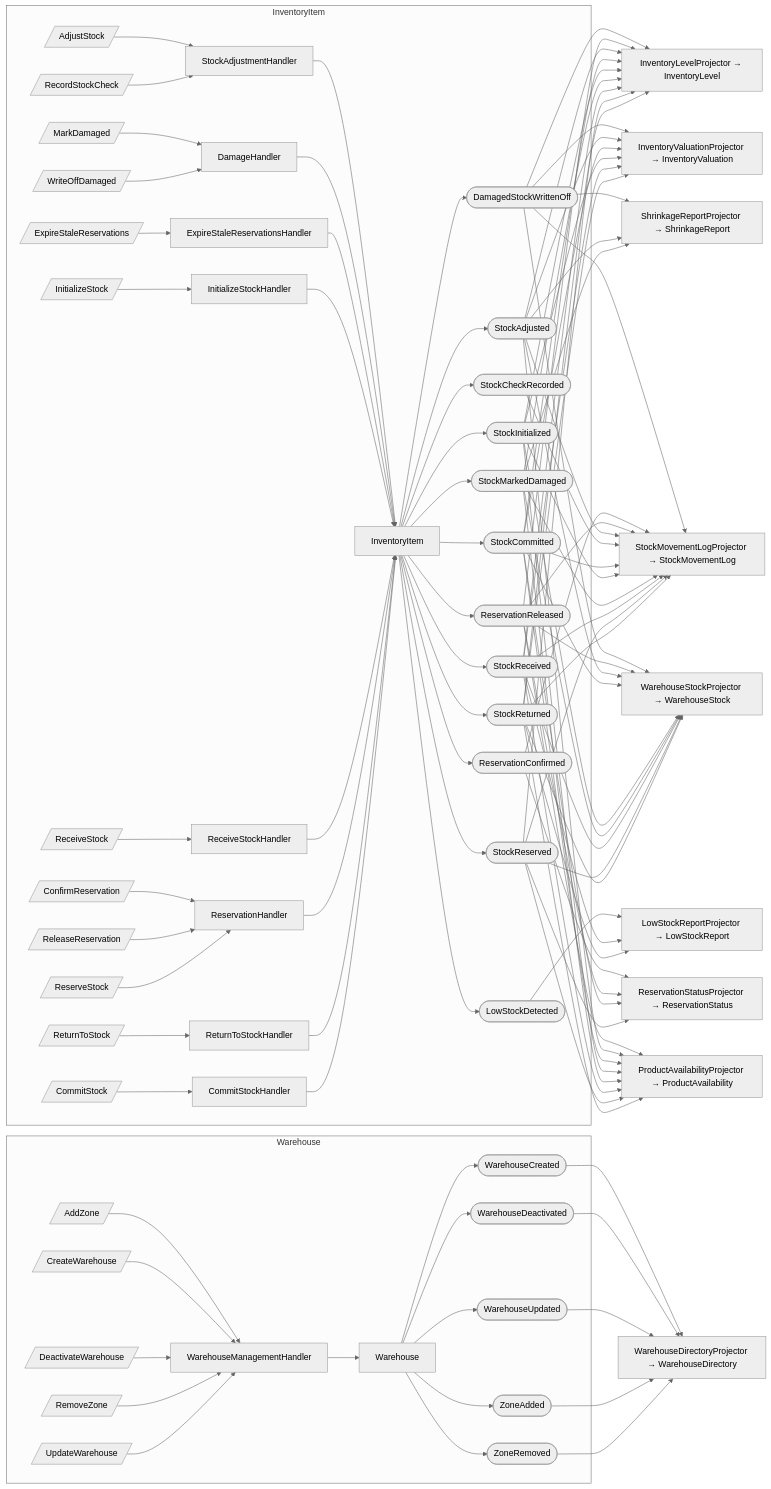
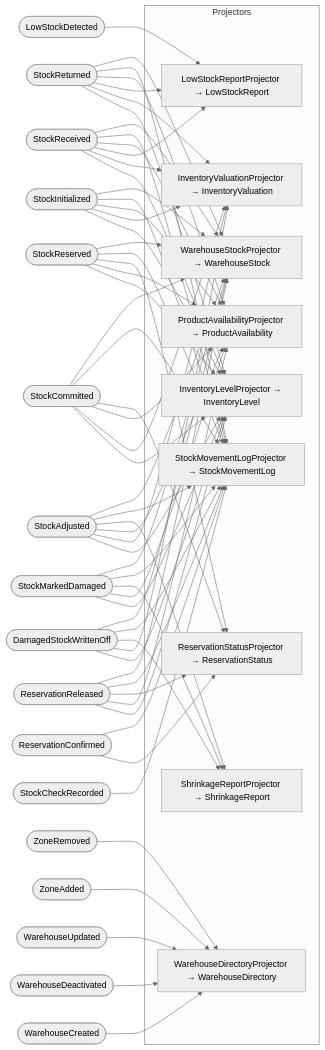
Before and after one commit to proteanhq/shopstream: the third of 3 diagrams in docs/inventory/event-flows.md, drawn with Mermaid (neutral theme). The commit also changed 24 other files, not shown here.

First line of the commit message:
Regenerate docs with improved Mermaid diagrams from upstream Protean fixes

````diff
--- a/docs/inventory/event-flows.md
+++ b/docs/inventory/event-flows.md
@@ -3,98 +107,33 @@
 ```mermaid
 flowchart LR
-    subgraph inventory_stock_stock_InventoryItem[InventoryItem]
-        agg_inventory_stock_stock_InventoryItem[InventoryItem]
-        cmd_inventory_stock_adjustment_AdjustStock[/AdjustStock/]
-        cmd_inventory_stock_adjustment_RecordStockCheck[/RecordStockCheck/]
-        cmd_inventory_stock_damage_MarkDamaged[/MarkDamaged/]
-        cmd_inventory_stock_damage_WriteOffDamaged[/WriteOffDamaged/]
-        cmd_inventory_stock_expiry_ExpireStaleReservations[/ExpireStaleReservations/]
-        cmd_inventory_stock_initialization_InitializeStock[/InitializeStock/]
-        cmd_inventory_stock_receiving_ReceiveStock[/ReceiveStock/]
-        cmd_inventory_stock_reservation_ConfirmReservation[/ConfirmReservation/]
-        cmd_inventory_stock_reservation_ReleaseReservation[/ReleaseReservation/]
-        cmd_inventory_stock_reservation_ReserveStock[/ReserveStock/]
-        cmd_inventory_stock_returns_ReturnToStock[/ReturnToStock/]
-        cmd_inventory_stock_shipping_CommitStock[/CommitStock/]
-        evt_inventory_stock_events_DamagedStockWrittenOff([DamagedStockWrittenOff])
-        evt_inventory_stock_events_LowStockDetected([LowStockDetected])
-        evt_inventory_stock_events_ReservationConfirmed([ReservationConfirmed])
-        evt_inventory_stock_events_ReservationReleased([ReservationReleased])
-        evt_inventory_stock_events_StockAdjusted([StockAdjusted])
-        evt_inventory_stock_events_StockCheckRecorded([StockCheckRecorded])
-        evt_inventory_stock_events_StockCommitted([StockCommitted])
-        evt_inventory_stock_events_StockInitialized([StockInitialized])
-        evt_inventory_stock_events_StockMarkedDamaged([StockMarkedDamaged])
-        evt_inventory_stock_events_StockReceived([StockReceived])
-        evt_inventory_stock_events_StockReserved([StockReserved])
-        evt_inventory_stock_events_StockReturned([StockReturned])
-        hdlr_inventory_stock_adjustment_StockAdjustmentHandler[StockAdjustmentHandler]
-        hdlr_inventory_stock_damage_DamageHandler[DamageHandler]
-        hdlr_inventory_stock_expiry_ExpireStaleReservationsHandler[ExpireStaleReservationsHandler]
-        hdlr_inventory_stock_initialization_InitializeStockHandler[InitializeStockHandler]
-        hdlr_inventory_stock_receiving_ReceiveStockHandler[ReceiveStockHandler]
-        hdlr_inventory_stock_reservation_ReservationHandler[ReservationHandler]
-        hdlr_inventory_stock_returns_ReturnToStockHandler[ReturnToStockHandler]
-        hdlr_inventory_stock_shipping_CommitStockHandler[CommitStockHandler]
+    evt_inventory_stock_events_DamagedStockWrittenOff([DamagedStockWrittenOff])
+    evt_inventory_stock_events_LowStockDetected([LowStockDetected])
+    evt_inventory_stock_events_ReservationConfirmed([ReservationConfirmed])
+    evt_inventory_stock_events_ReservationReleased([ReservationReleased])
+    evt_inventory_stock_events_StockAdjusted([StockAdjusted])
+    evt_inventory_stock_events_StockCheckRecorded([StockCheckRecorded])
+    evt_inventory_stock_events_StockCommitted([StockCommitted])
+    evt_inventory_stock_events_StockInitialized([StockInitialized])
+    evt_inventory_stock_events_StockMarkedDamaged([StockMarkedDamaged])
+    evt_inventory_stock_events_StockReceived([StockReceived])
+    evt_inventory_stock_events_StockReserved([StockReserved])
+    evt_inventory_stock_events_StockReturned([StockReturned])
+    evt_inventory_warehouse_events_WarehouseCreated([WarehouseCreated])
+    evt_inventory_warehouse_events_WarehouseDeactivated([WarehouseDeactivated])
+    evt_inventory_warehouse_events_WarehouseUpdated([WarehouseUpdated])
+    evt_inventory_warehouse_events_ZoneAdded([ZoneAdded])
+    evt_inventory_warehouse_events_ZoneRemoved([ZoneRemoved])
+    subgraph projectors["Projectors"]
+        proj_inventory_projections_inventory_level_InventoryLevelProjector[InventoryLevelProjector → InventoryLevel]
+        proj_inventory_projections_inventory_valuation_InventoryValuationProjector[InventoryValuationProjector → InventoryValuation]
+        proj_inventory_projections_low_stock_report_LowStockReportProjector[LowStockReportProjector → LowStockReport]
+        proj_inventory_projections_product_availability_ProductAvailabilityProjector[ProductAvailabilityProjector → ProductAvailability]
+        proj_inventory_projections_reservation_status_ReservationStatusProjector[ReservationStatusProjector → ReservationStatus]
+        proj_inventory_projections_shrinkage_report_ShrinkageReportProjector[ShrinkageReportProjector → ShrinkageReport]
+        proj_inventory_projections_stock_movement_log_StockMovementLogProjector[StockMovementLogProjector → StockMovementLog]
+        proj_inventory_projections_warehouse_directory_WarehouseDirectoryProjector[WarehouseDirectoryProjector → WarehouseDirectory]
+        proj_inventory_projections_warehouse_stock_WarehouseStockProjector[WarehouseStockProjector → WarehouseStock]
     end
-    subgraph inventory_warehouse_warehouse_Warehouse[Warehouse]
-        agg_inventory_warehouse_warehouse_Warehouse[Warehouse]
-        cmd_inventory_warehouse_management_AddZone[/AddZone/]
-        cmd_inventory_warehouse_management_CreateWarehouse[/CreateWarehouse/]
-        cmd_inventory_warehouse_management_DeactivateWarehouse[/DeactivateWarehouse/]
-        cmd_inventory_warehouse_management_RemoveZone[/RemoveZone/]
-        cmd_inventory_warehouse_management_UpdateWarehouse[/UpdateWarehouse/]
-        evt_inventory_warehouse_events_WarehouseCreated([WarehouseCreated])
-        evt_inventory_warehouse_events_WarehouseDeactivated([WarehouseDeactivated])
-        evt_inventory_warehouse_events_WarehouseUpdated([WarehouseUpdated])
-        evt_inventory_warehouse_events_ZoneAdded([ZoneAdded])
-        evt_inventory_warehouse_events_ZoneRemoved([ZoneRemoved])
-        hdlr_inventory_warehouse_management_WarehouseManagementHandler[WarehouseManagementHandler]
-    end
-    cmd_inventory_stock_adjustment_AdjustStock --> hdlr_inventory_stock_adjustment_StockAdjustmentHandler
-    cmd_inventory_stock_adjustment_RecordStockCheck --> hdlr_inventory_stock_adjustment_StockAdjustmentHandler
-    hdlr_inventory_stock_adjustment_StockAdjustmentHandler --> agg_inventory_stock_stock_InventoryItem
-    cmd_inventory_stock_damage_MarkDamaged --> hdlr_inventory_stock_damage_DamageHandler
-    cmd_inventory_stock_damage_WriteOffDamaged --> hdlr_inventory_stock_damage_DamageHandler
-    hdlr_inventory_stock_damage_DamageHandler --> agg_inventory_stock_stock_InventoryItem
-    cmd_inventory_stock_expiry_ExpireStaleReservations --> hdlr_inventory_stock_expiry_ExpireStaleReservationsHandler
-    hdlr_inventory_stock_expiry_ExpireStaleReservationsHandler --> agg_inventory_stock_stock_InventoryItem
-    cmd_inventory_stock_initialization_InitializeStock --> hdlr_inventory_stock_initialization_InitializeStockHandler
-    hdlr_inventory_stock_initialization_InitializeStockHandler --> agg_inventory_stock_stock_InventoryItem
-    cmd_inventory_stock_receiving_ReceiveStock --> hdlr_inventory_stock_receiving_ReceiveStockHandler
-    hdlr_inventory_stock_receiving_ReceiveStockHandler --> agg_inventory_stock_stock_InventoryItem
-    cmd_inventory_stock_reservation_ConfirmReservation --> hdlr_inventory_stock_reservation_ReservationHandler
-    cmd_inventory_stock_reservation_ReleaseReservation --> hdlr_inventory_stock_reservation_ReservationHandler
-    cmd_inventory_stock_reservation_ReserveStock --> hdlr_inventory_stock_reservation_ReservationHandler
-    hdlr_inventory_stock_reservation_ReservationHandler --> agg_inventory_stock_stock_InventoryItem
-    cmd_inventory_stock_returns_ReturnToStock --> hdlr_inventory_stock_returns_ReturnToStockHandler
-    hdlr_inventory_stock_returns_ReturnToStockHandler --> agg_inventory_stock_stock_InventoryItem
-    cmd_inventory_stock_shipping_CommitStock --> hdlr_inventory_stock_shipping_CommitStockHandler
-    hdlr_inventory_stock_shipping_CommitStockHandler --> agg_inventory_stock_stock_InventoryItem
-    agg_inventory_stock_stock_InventoryItem --> evt_inventory_stock_events_DamagedStockWrittenOff
-    agg_inventory_stock_stock_InventoryItem --> evt_inventory_stock_events_LowStockDetected
-    agg_inventory_stock_stock_InventoryItem --> evt_inventory_stock_events_ReservationConfirmed
-    agg_inventory_stock_stock_InventoryItem --> evt_inventory_stock_events_ReservationReleased
-    agg_inventory_stock_stock_InventoryItem --> evt_inventory_stock_events_StockAdjusted
-    agg_inventory_stock_stock_InventoryItem --> evt_inventory_stock_events_StockCheckRecorded
-    agg_inventory_stock_stock_InventoryItem --> evt_inventory_stock_events_StockCommitted
-    agg_inventory_stock_stock_InventoryItem --> evt_inventory_stock_events_StockInitialized
-    agg_inventory_stock_stock_InventoryItem --> evt_inventory_stock_events_StockMarkedDamaged
-    agg_inventory_stock_stock_InventoryItem --> evt_inventory_stock_events_StockReceived
-    agg_inventory_stock_stock_InventoryItem --> evt_inventory_stock_events_StockReserved
-    agg_inventory_stock_stock_InventoryItem --> evt_inventory_stock_events_StockReturned
-    cmd_inventory_warehouse_management_AddZone --> hdlr_inventory_warehouse_management_WarehouseManagementHandler
-    cmd_inventory_warehouse_management_CreateWarehouse --> hdlr_inventory_warehouse_management_WarehouseManagementHandler
-    cmd_inventory_warehouse_management_DeactivateWarehouse --> hdlr_inventory_warehouse_management_WarehouseManagementHandler
-    cmd_inventory_warehouse_management_RemoveZone --> hdlr_inventory_warehouse_management_WarehouseManagementHandler
-    cmd_inventory_warehouse_management_UpdateWarehouse --> hdlr_inventory_warehouse_management_WarehouseManagementHandler
-    hdlr_inventory_warehouse_management_WarehouseManagementHandler --> agg_inventory_warehouse_warehouse_Warehouse
-    agg_inventory_warehouse_warehouse_Warehouse --> evt_inventory_warehouse_events_WarehouseCreated
-    agg_inventory_warehouse_warehouse_Warehouse --> evt_inventory_warehouse_events_WarehouseDeactivated
-    agg_inventory_warehouse_warehouse_Warehouse --> evt_inventory_warehouse_events_WarehouseUpdated
-    agg_inventory_warehouse_warehouse_Warehouse --> evt_inventory_warehouse_events_ZoneAdded
-    agg_inventory_warehouse_warehouse_Warehouse --> evt_inventory_warehouse_events_ZoneRemoved
-    proj_inventory_projections_inventory_level_InventoryLevelProjector[InventoryLevelProjector → InventoryLevel]
     evt_inventory_stock_events_DamagedStockWrittenOff --> proj_inventory_projections_inventory_level_InventoryLevelProjector
     evt_inventory_stock_events_ReservationReleased --> proj_inventory_projections_inventory_level_InventoryLevelProjector
     evt_inventory_stock_events_StockAdjusted --> proj_inventory_projections_inventory_level_InventoryLevelProjector
@@ -104,18 +143,15 @@
     evt_inventory_stock_events_StockReceived --> proj_inventory_projections_inventory_level_InventoryLevelProjector
     evt_inventory_stock_events_StockReserved --> proj_inventory_projections_inventory_level_InventoryLevelProjector
     evt_inventory_stock_events_StockReturned --> proj_inventory_projections_inventory_level_InventoryLevelProjector
-    proj_inventory_projections_inventory_valuation_InventoryValuationProjector[InventoryValuationProjector → InventoryValuation]
     evt_inventory_stock_events_DamagedStockWrittenOff --> proj_inventory_projections_inventory_valuation_InventoryValuationProjector
     evt_inventory_stock_events_StockAdjusted --> proj_inventory_projections_inventory_valuation_InventoryValuationProjector
     evt_inventory_stock_events_StockCommitted --> proj_inventory_projections_inventory_valuation_InventoryValuationProjector
     evt_inventory_stock_events_StockInitialized --> proj_inventory_projections_inventory_valuation_InventoryValuationProjector
     evt_inventory_stock_events_StockReceived --> proj_inventory_projections_inventory_valuation_InventoryValuationProjector
     evt_inventory_stock_events_StockReturned --> proj_inventory_projections_inventory_valuation_InventoryValuationProjector
-    proj_inventory_projections_low_stock_report_LowStockReportProjector[LowStockReportProjector → LowStockReport]
     evt_inventory_stock_events_LowStockDetected --> proj_inventory_projections_low_stock_report_LowStockReportProjector
     evt_inventory_stock_events_StockReceived --> proj_inventory_projections_low_stock_report_LowStockReportProjector
     evt_inventory_stock_events_StockReturned --> proj_inventory_projections_low_stock_report_LowStockReportProjector
-    proj_inventory_projections_product_availability_ProductAvailabilityProjector[ProductAvailabilityProjector → ProductAvailability]
     evt_inventory_stock_events_ReservationReleased --> proj_inventory_projections_product_availability_ProductAvailabilityProjector
     evt_inventory_stock_events_StockAdjusted --> proj_inventory_projections_product_availability_ProductAvailabilityProjector
     evt_inventory_stock_events_StockCommitted --> proj_inventory_projections_product_availability_ProductAvailabilityProjector
@@ -124,16 +160,13 @@
     evt_inventory_stock_events_StockReceived --> proj_inventory_projections_product_availability_ProductAvailabilityProjector
     evt_inventory_stock_events_StockReserved --> proj_inventory_projections_product_availability_ProductAvailabilityProjector
     evt_inventory_stock_events_StockReturned --> proj_inventory_projections_product_availability_ProductAvailabilityProjector
-    proj_inventory_projections_reservation_status_ReservationStatusProjector[ReservationStatusProjector → ReservationStatus]
     evt_inventory_stock_events_ReservationConfirmed --> proj_inventory_projections_reservation_status_ReservationStatusProjector
     evt_inventory_stock_events_ReservationReleased --> proj_inventory_projections_reservation_status_ReservationStatusProjector
     evt_inventory_stock_events_StockCommitted --> proj_inventory_projections_reservation_status_ReservationStatusProjector
     evt_inventory_stock_events_StockReserved --> proj_inventory_projections_reservation_status_ReservationStatusProjector
-    proj_inventory_projections_shrinkage_report_ShrinkageReportProjector[ShrinkageReportProjector → ShrinkageReport]
     evt_inventory_stock_events_DamagedStockWrittenOff --> proj_inventory_projections_shrinkage_report_ShrinkageReportProjector
     evt_inventory_stock_events_StockAdjusted --> proj_inventory_projections_shrinkage_report_ShrinkageReportProjector
     evt_inventory_stock_events_StockMarkedDamaged --> proj_inventory_projections_shrinkage_report_ShrinkageReportProjector
-    proj_inventory_projections_stock_movement_log_StockMovementLogProjector[StockMovementLogProjector → StockMovementLog]
     evt_inventory_stock_events_DamagedStockWrittenOff --> proj_inventory_projections_stock_movement_log_StockMovementLogProjector
     evt_inventory_stock_events_ReservationConfirmed --> proj_inventory_projections_stock_movement_log_StockMovementLogProjector
     evt_inventory_stock_events_ReservationReleased --> proj_inventory_projections_stock_movement_log_StockMovementLogProjector
@@ -145,13 +178,11 @@
     evt_inventory_stock_events_StockReceived --> proj_inventory_projections_stock_movement_log_StockMovementLogProjector
     evt_inventory_stock_events_StockReserved --> proj_inventory_projections_stock_movement_log_StockMovementLogProjector
     evt_inventory_stock_events_StockReturned --> proj_inventory_projections_stock_movement_log_StockMovementLogProjector
-    proj_inventory_projections_warehouse_directory_WarehouseDirectoryProjector[WarehouseDirectoryProjector → WarehouseDirectory]
     evt_inventory_warehouse_events_WarehouseCreated --> proj_inventory_projections_warehouse_directory_WarehouseDirectoryProjector
     evt_inventory_warehouse_events_WarehouseDeactivated --> proj_inventory_projections_warehouse_directory_WarehouseDirectoryProjector
     evt_inventory_warehouse_events_WarehouseUpdated --> proj_inventory_projections_warehouse_directory_WarehouseDirectoryProjector
     evt_inventory_warehouse_events_ZoneAdded --> proj_inventory_projections_warehouse_directory_WarehouseDirectoryProjector
     evt_inventory_warehouse_events_ZoneRemoved --> proj_inventory_projections_warehouse_directory_WarehouseDirectoryProjector
-    proj_inventory_projections_warehouse_stock_WarehouseStockProjector[WarehouseStockProjector → WarehouseStock]
     evt_inventory_stock_events_DamagedStockWrittenOff --> proj_inventory_projections_warehouse_stock_WarehouseStockProjector
     evt_inventory_stock_events_ReservationReleased --> proj_inventory_projections_warehouse_stock_WarehouseStockProjector
     evt_inventory_stock_events_StockAdjusted --> proj_inventory_projections_warehouse_stock_WarehouseStockProjector
````
